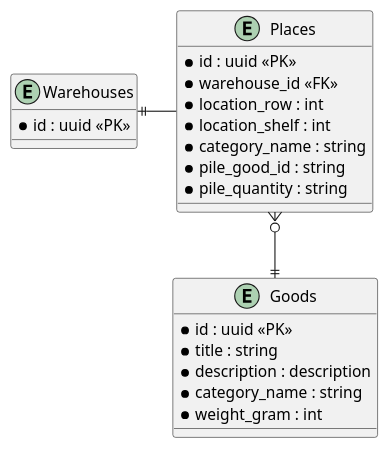
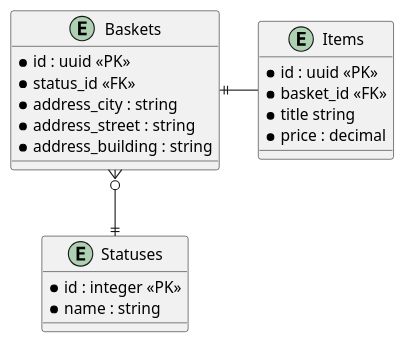
Before and after one commit to gerzhan/knigaexpert-system-design: the fourth of 5 diagrams in services/ordering/README.md, drawn with PlantUML. The commit also changed other lines of this file and 1 other file, not shown here.

````diff
--- a/services/ordering/README.md
+++ b/services/ordering/README.md
@@ -148,26 +125,24 @@
 ```plantuml
-entity Warehouses {
+entity Baskets {
   * id : uuid <<PK>>
+  * status_id <<FK>>
+  * address_city : string
+  * address_street : string
+  * address_building : string
 }
 
-entity Places {
+entity Items {
   * id : uuid <<PK>>
-  * warehouse_id <<FK>>
-  * location_row : int
-  * location_shelf : int
-  * category_name : string
-  * pile_good_id : string
-  * pile_quantity : string
+  * basket_id <<FK>>
+  * title string
+  * price : decimal
 }
 
-entity Goods {
-  * id : uuid <<PK>>
-  * title : string
-  * description : description
-  * category_name : string
-  * weight_gram : int
+entity Statuses {
+  * id : integer <<PK>>
+  * name : string
 }
 
-Warehouses ||-  Places
-Places }o--|| Goods
+Baskets ||-  Items
+Baskets }o--|| Statuses
 ```
````
